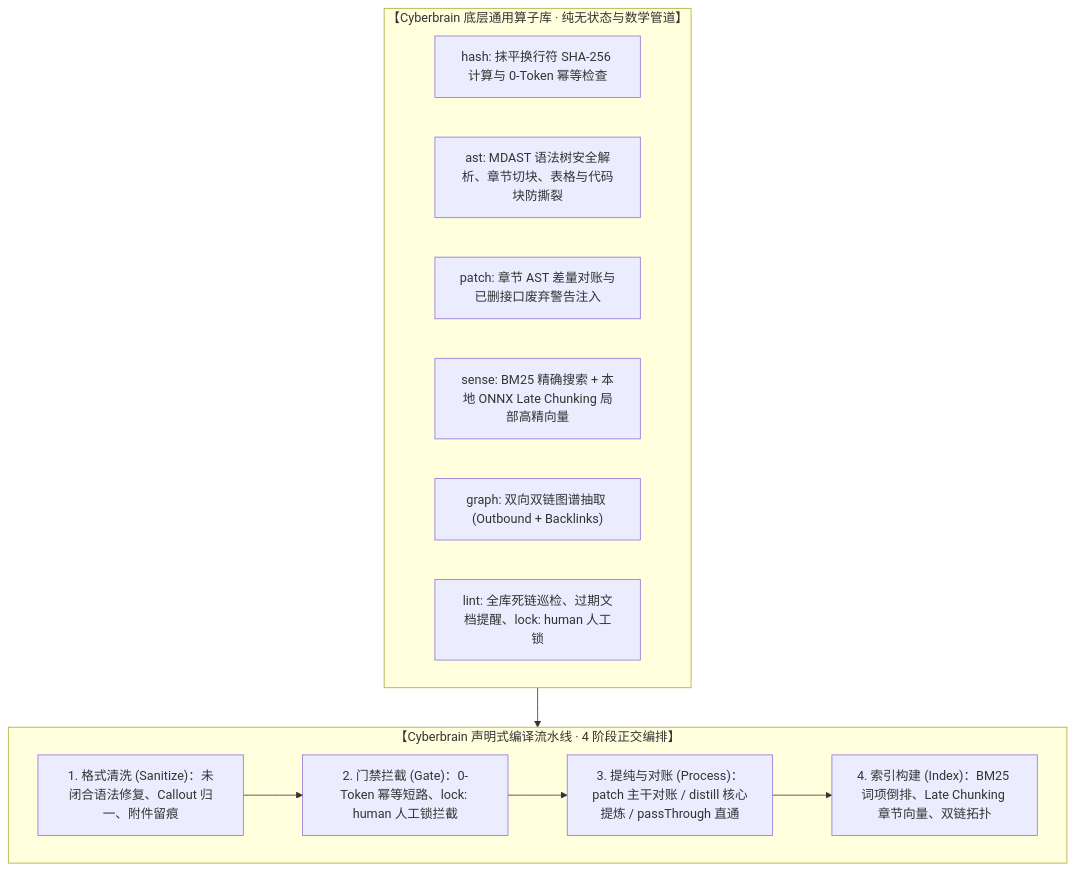
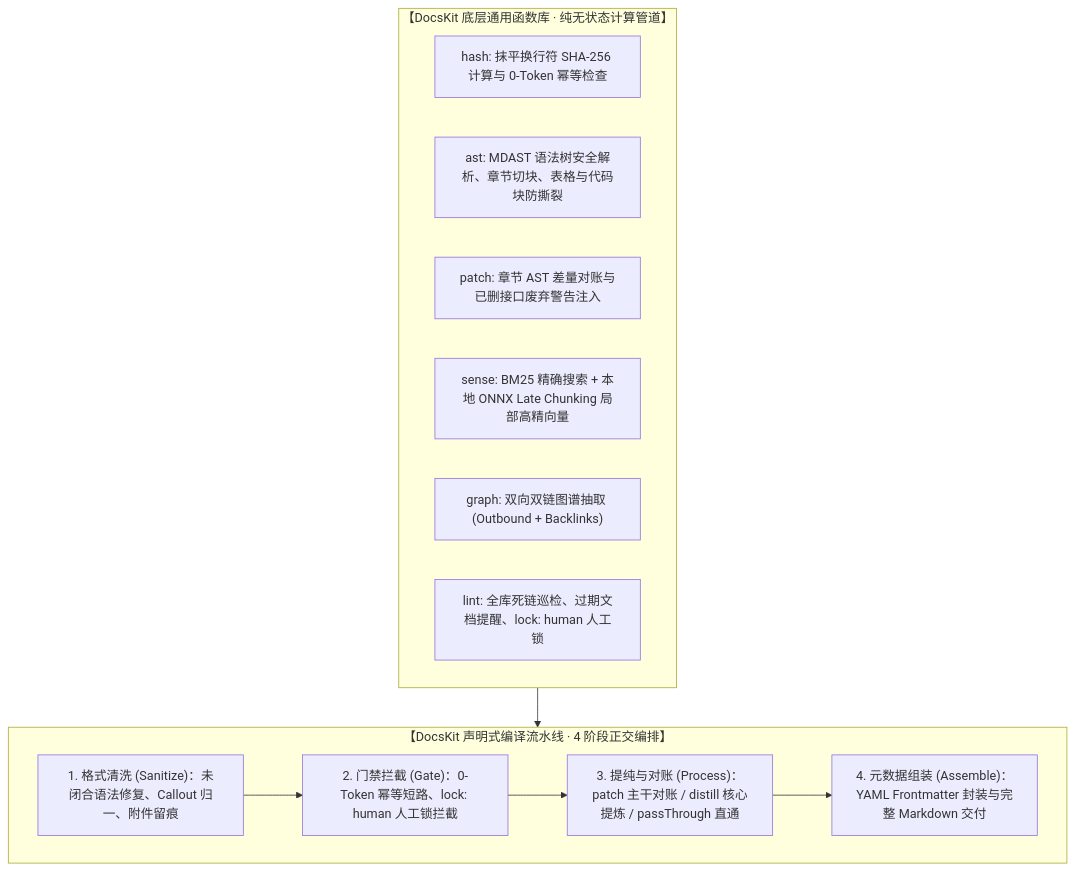
Before and after one commit to Mintnoii/DocsKit: the diagram in docs/CAPABILITIES.md, drawn with Mermaid. The commit also changed other lines of this file and 45 other files, not shown here.

````diff
--- a/docs/CAPABILITIES.md
+++ b/docs/CAPABILITIES.md
@@ -10,21 +10,21 @@
 ```mermaid
 flowchart TD
-    subgraph Core["【Cyberbrain 底层通用算子库 · 纯无状态与数学管道】"]
+    subgraph Core["【DocsKit 底层通用函数库 · 纯无状态计算管道】"]
         HashOp["hash: 抹平换行符 SHA-256 计算与 0-Token 幂等检查"]
         ASTOp["ast: MDAST 语法树安全解析、章节切块、表格与代码块防撕裂"]
         PatchOp["patch: 章节 AST 差量对账与已删接口废弃警告注入"]
         SenseOp["sense: BM25 精确搜索 + 本地 ONNX Late Chunking 局部高精向量"]
         GraphOp["graph: 双向双链图谱抽取 (Outbound + Backlinks)"]
         LintOp["lint: 全库死链巡检、过期文档提醒、lock: human 人工锁"]
     end
 
-    subgraph Pipeline["【Cyberbrain 声明式编译流水线 · 4 阶段正交编排】"]
+    subgraph Pipeline["【DocsKit 声明式编译流水线 · 4 阶段正交编排】"]
         S1["1. 格式清洗 (Sanitize)：未闭合语法修复、Callout 归一、附件留痕"]
         S2["2. 门禁拦截 (Gate)：0-Token 幂等短路、lock: human 人工锁拦截"]
         S3["3. 提纯与对账 (Process)：patch 主干对账 / distill 核心提炼 / passThrough 直通"]
-        S4["4. 索引构建 (Index)：BM25 词项倒排、Late Chunking 章节向量、双链拓扑"]
+        S4["4. 元数据组装 (Assemble)：YAML Frontmatter 封装与完整 Markdown 交付"]
         S1 --> S2 --> S3 --> S4
     end
 
     Core --> Pipeline
 ```
````
